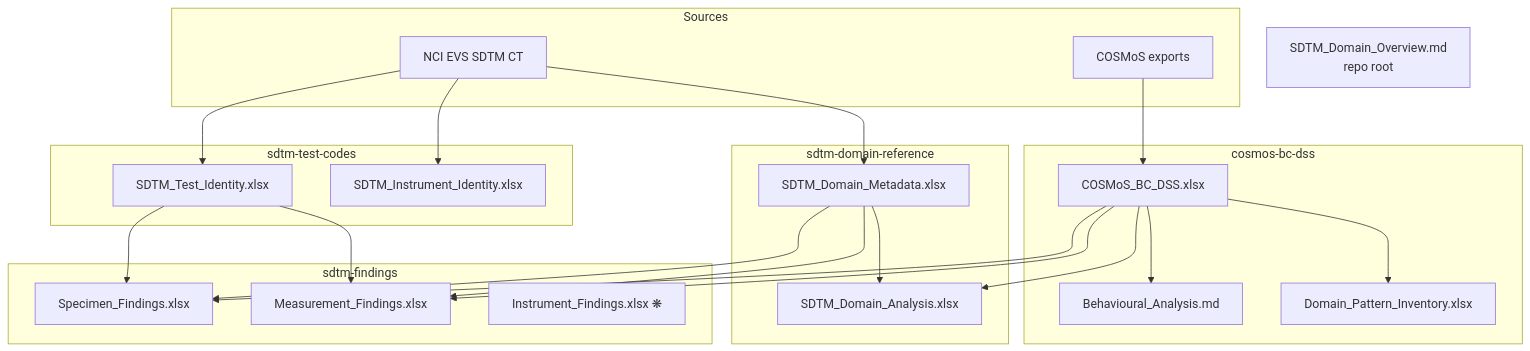
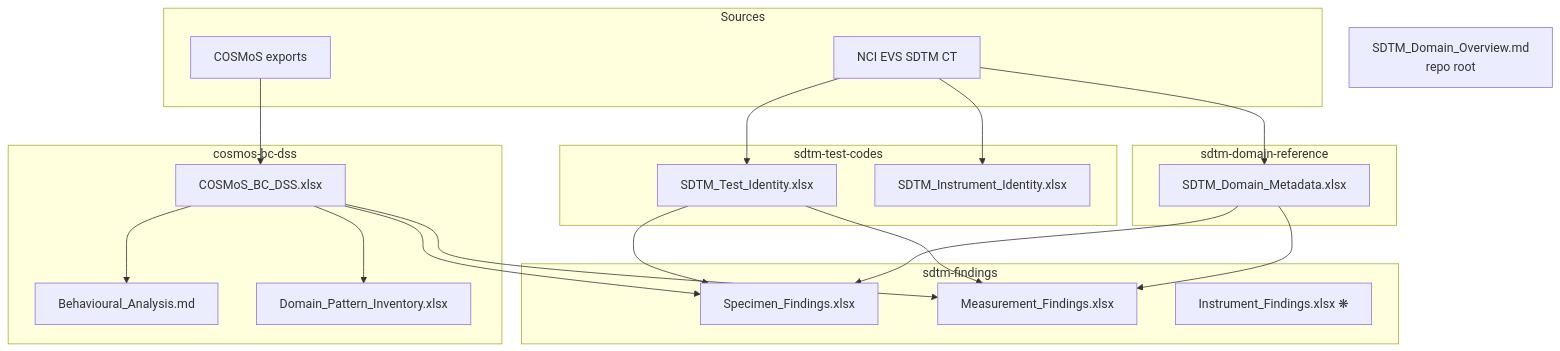
One commit to kerfors/cdisc-for-ai changed the diagram in README.md. Above: the diagram before and after it, drawn with Mermaid. The commit also changed other lines of this file and 6 other files, not shown here.

First line of the commit message:
Align specimen scope to behavioural pattern, add coverage and graph framing

````diff
--- a/README.md
+++ b/README.md
@@ -57,48 +64,45 @@
 ```mermaid
 graph TD
     subgraph Sources
         EVS["NCI EVS SDTM CT"]
         COS["COSMoS exports"]
     end
 
     subgraph sdtm-test-codes
         TI["SDTM_Test_Identity.xlsx"]
         II["SDTM_Instrument_Identity.xlsx"]
     end
 
     subgraph cosmos-bc-dss
         BCD["COSMoS_BC_DSS.xlsx"]
         BA["Behavioural_Analysis.md"]
         DPI["Domain_Pattern_Inventory.xlsx"]
     end
 
     subgraph sdtm-domain-reference
         DM["SDTM_Domain_Metadata.xlsx"]
-        DA["SDTM_Domain_Analysis.xlsx"]
     end
 
     subgraph sdtm-findings
         SF["Specimen_Findings.xlsx"]
         MF["Measurement_Findings.xlsx"]
         IF["Instrument_Findings.xlsx ❋"]
     end
 
     EVS --> TI
     EVS --> II
     COS --> BCD
     BCD --> BA
     BCD --> DPI
     EVS --> DM
-    BCD --> DA
-    DM --> DA
 
     TI --> SF
     DM --> SF
     BCD --> SF
 
     TI --> MF
     DM --> MF
     BCD --> MF
 
     DO["SDTM_Domain_Overview.md<br/>repo root"]
 ```
````
